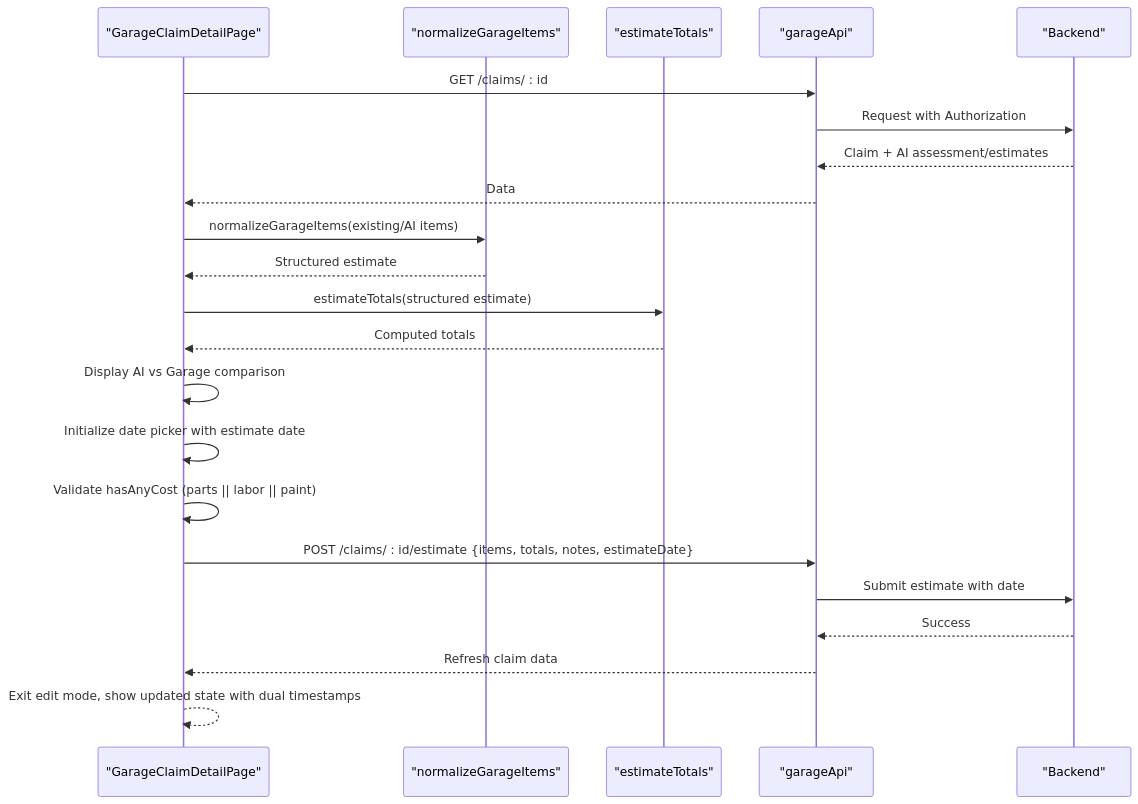
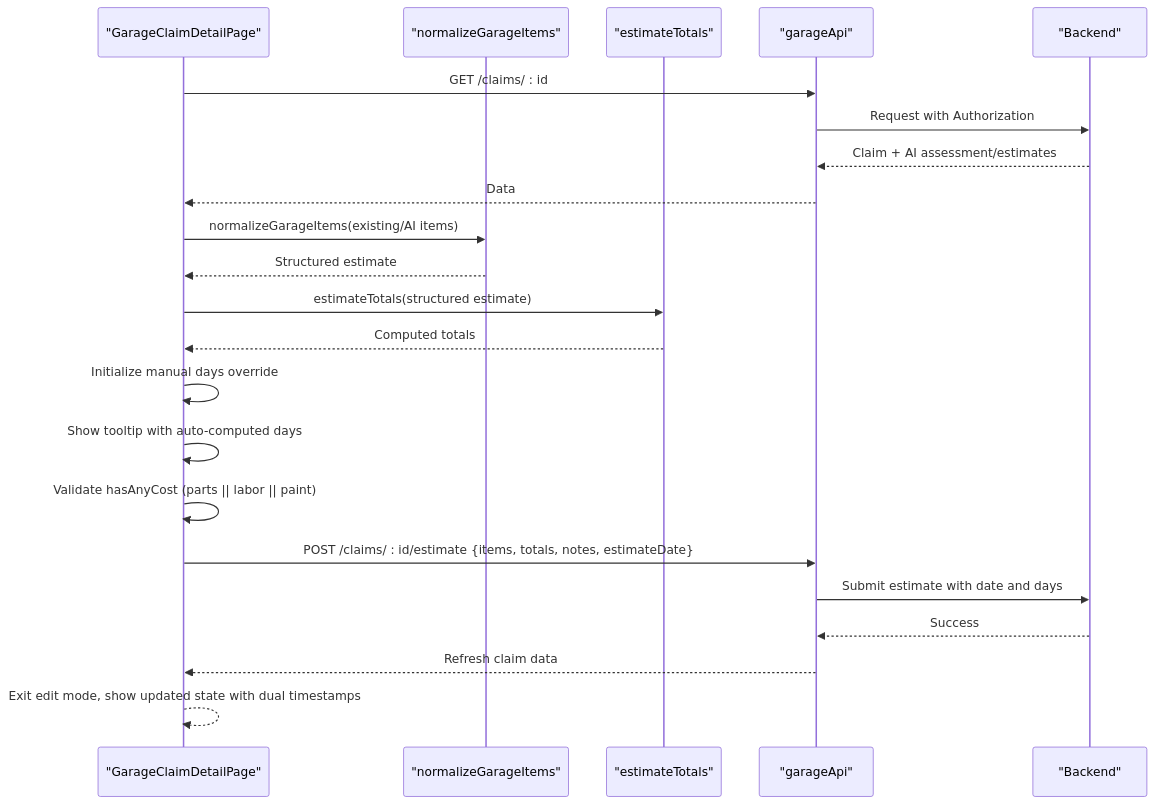
Before and after one commit to NaveenHiranya/Smart-Vehicle-Insurance-Claim-System: the sixth of 11 diagrams in .qoder/repowiki/en/content/Frontend Documentation/Garage Frontend Interface.md, drawn with Mermaid. The commit also changed other lines of this file and 17 other files, not shown here.

````diff
--- a/.qoder/repowiki/en/content/Frontend Documentation/Garage Frontend Interface.md
+++ b/.qoder/repowiki/en/content/Frontend Documentation/Garage Frontend Interface.md
@@ -243,24 +245,24 @@
 ```mermaid
 sequenceDiagram
 participant D as "GarageClaimDetailPage"
 participant N as "normalizeGarageItems"
 participant T as "estimateTotals"
 participant A as "garageApi"
 participant S as "Backend"
 D->>A : GET /claims/ : id
 A->>S : Request with Authorization
 S-->>A : Claim + AI assessment/estimates
 A-->>D : Data
 D->>N : normalizeGarageItems(existing/AI items)
 N-->>D : Structured estimate
 D->>T : estimateTotals(structured estimate)
 T-->>D : Computed totals
-D->>D : Display AI vs Garage comparison
-D->>D : Initialize date picker with estimate date
+D->>D : Initialize manual days override
+D->>D : Show tooltip with auto-computed days
 D->>D : Validate hasAnyCost (parts || labor || paint)
 D->>A : POST /claims/ : id/estimate {items, totals, notes, estimateDate}
-A->>S : Submit estimate with date
+A->>S : Submit estimate with date and days
 S-->>A : Success
 A-->>D : Refresh claim data
 D-->>D : Exit edit mode, show updated state with dual timestamps
 ```
````
